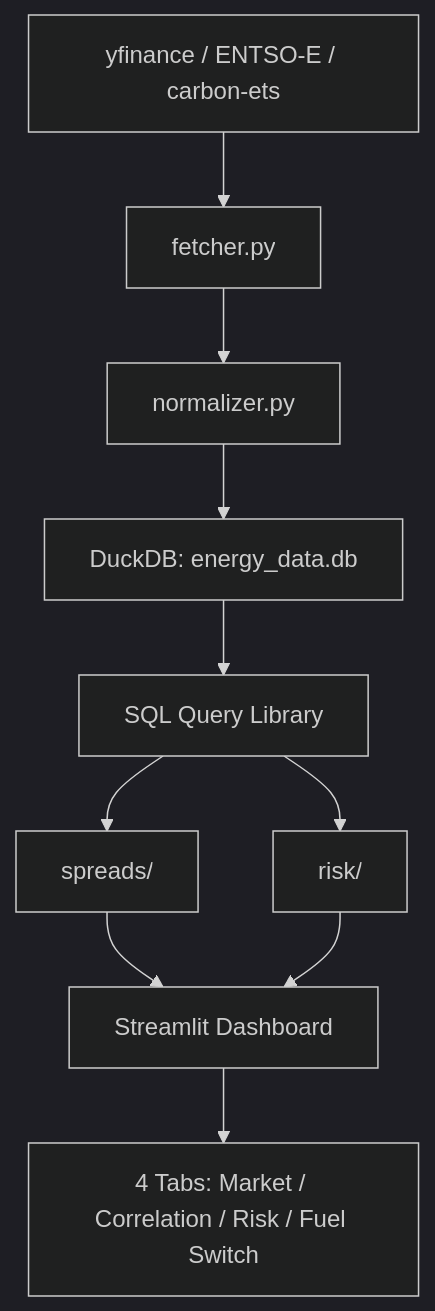
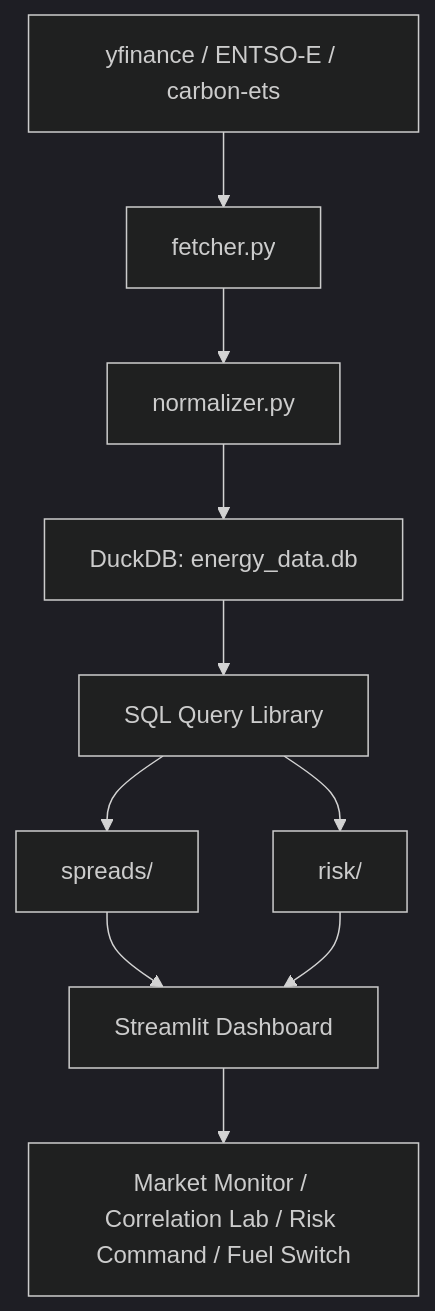
Before and after one commit to wididestrianda01/cross-commodity-energy-trading: the diagram in README.md, drawn with Mermaid (dark theme). The commit also changed other lines of this file and 4 other files, not shown here.

````diff
--- a/README.md
+++ b/README.md
@@ -7,12 +21,12 @@
 ```mermaid
 graph TD
     A[yfinance / ENTSO-E / carbon-ets] --> B[fetcher.py]
     B --> C[normalizer.py]
     C --> D[DuckDB: energy_data.db]
     D --> E[SQL Query Library]
     E --> F[spreads/]
     E --> G[risk/]
     F --> H[Streamlit Dashboard]
     G --> H
-    H --> I[4 Tabs: Market / Correlation / Risk / Fuel Switch]
+    H --> I[Market Monitor / Correlation Lab / Risk Command / Fuel Switch]
 ```
````
